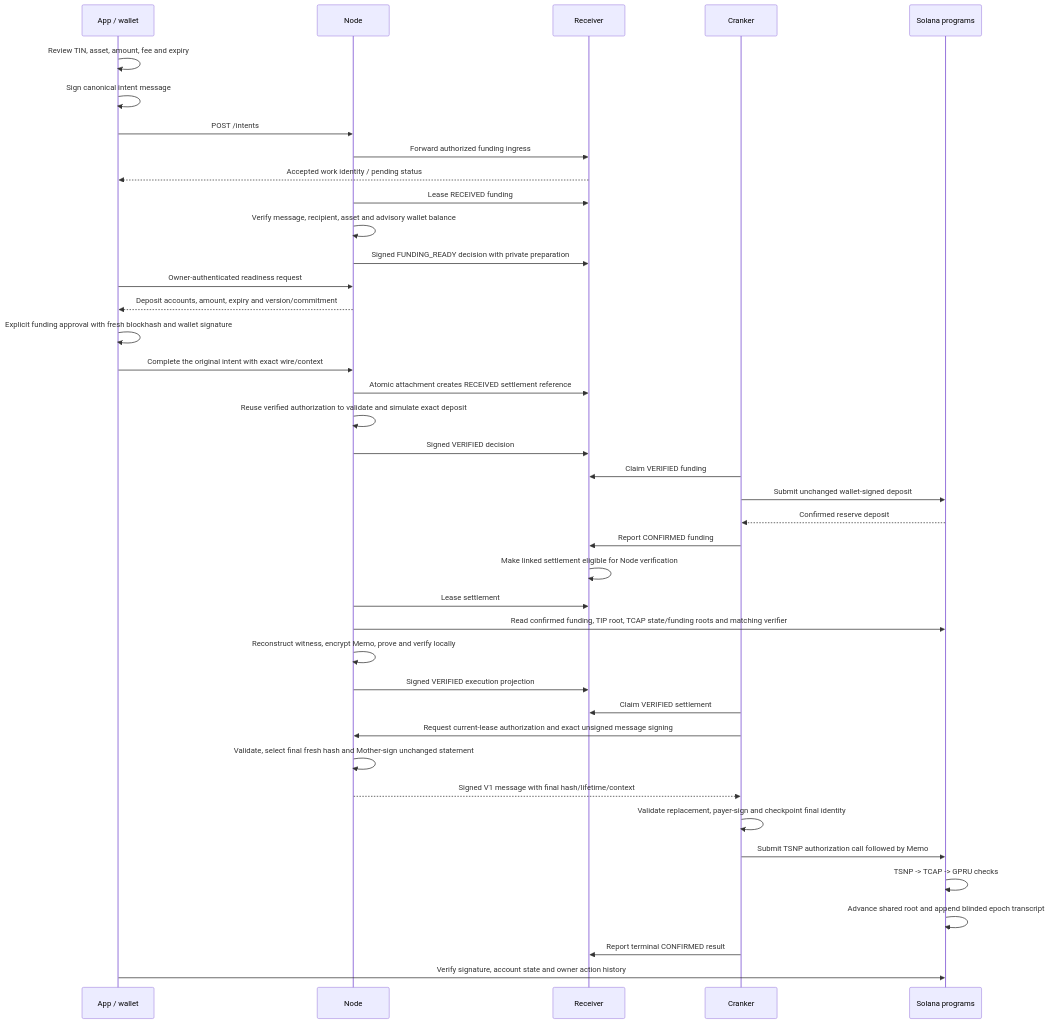
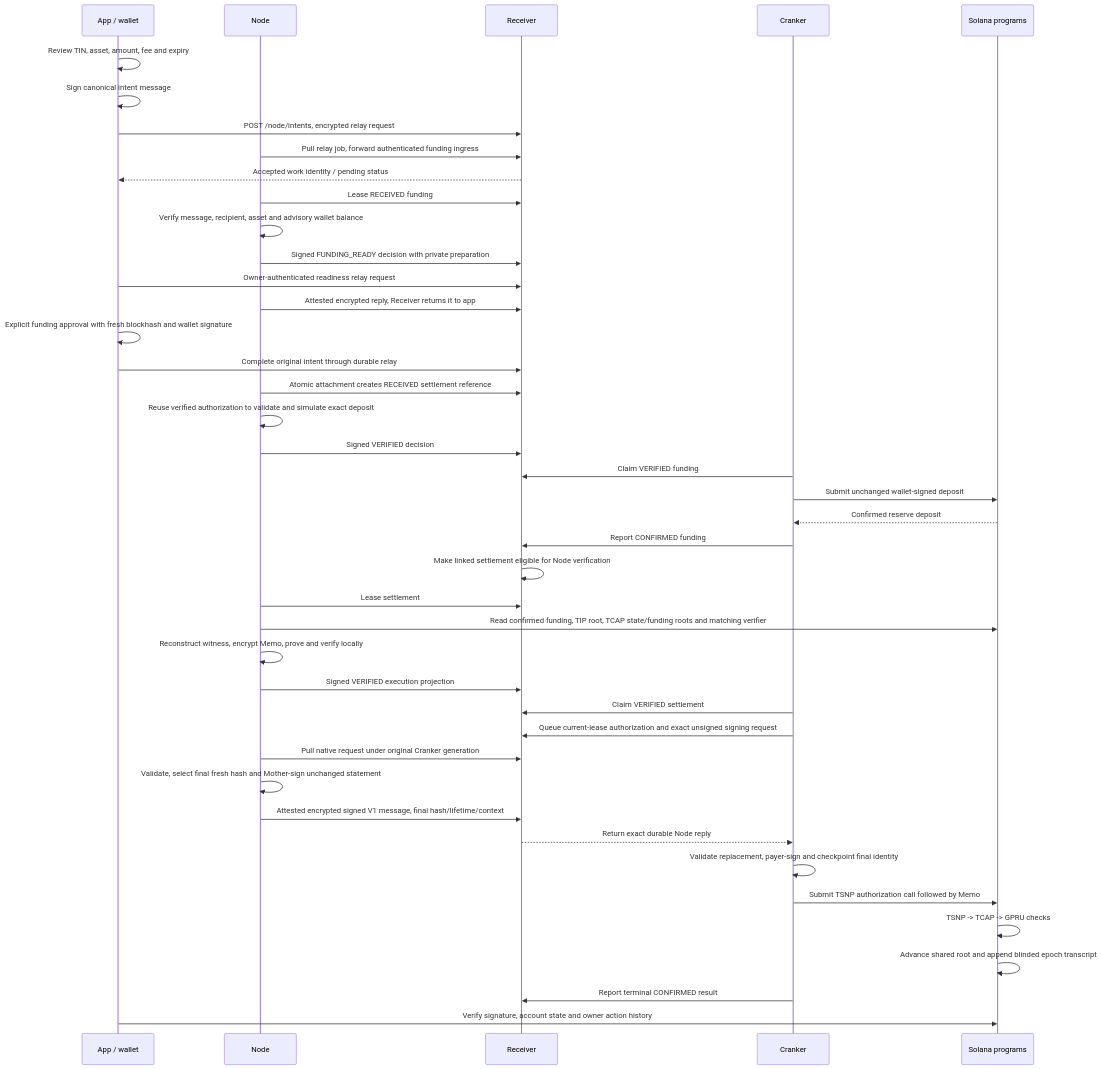
Before and after one commit to bigdreamsweb3/trustlink-pay: the second of 2 diagrams in docs/laboratory/architecture-map.md, drawn with Mermaid. The commit also changed other lines of this file and 363 other files, not shown here.

````diff
--- a/docs/laboratory/architecture-map.md
+++ b/docs/laboratory/architecture-map.md
@@ -41,42 +43,44 @@
 ```mermaid
 sequenceDiagram
   participant A as App / wallet
   participant N as Node
   participant R as Receiver
   participant C as Cranker
   participant P as Solana programs
   A->>A: Review TIN, asset, amount, fee and expiry
   A->>A: Sign canonical intent message
-  A->>N: POST /intents
-  N->>R: Forward authorized funding ingress
+  A->>R: POST /node/intents, encrypted relay request
+  N->>R: Pull relay job, forward authenticated funding ingress
   R-->>A: Accepted work identity / pending status
   N->>R: Lease RECEIVED funding
   N->>N: Verify message, recipient, asset and advisory wallet balance
   N->>R: Signed FUNDING_READY decision with private preparation
-  A->>N: Owner-authenticated readiness request
-  N-->>A: Deposit accounts, amount, expiry and version/commitment
+  A->>R: Owner-authenticated readiness relay request
+  N->>R: Attested encrypted reply, Receiver returns it to app
   A->>A: Explicit funding approval with fresh blockhash and wallet signature
-  A->>N: Complete the original intent with exact wire/context
+  A->>R: Complete original intent through durable relay
   N->>R: Atomic attachment creates RECEIVED settlement reference
   N->>N: Reuse verified authorization to validate and simulate exact deposit
   N->>R: Signed VERIFIED decision
   C->>R: Claim VERIFIED funding
   C->>P: Submit unchanged wallet-signed deposit
   P-->>C: Confirmed reserve deposit
   C->>R: Report CONFIRMED funding
   R->>R: Make linked settlement eligible for Node verification
   N->>R: Lease settlement
   N->>P: Read confirmed funding, TIP root, TCAP state/funding roots and matching verifier
   N->>N: Reconstruct witness, encrypt Memo, prove and verify locally
   N->>R: Signed VERIFIED execution projection
   C->>R: Claim VERIFIED settlement
-  C->>N: Request current-lease authorization and exact unsigned message signing
+  C->>R: Queue current-lease authorization and exact unsigned signing request
+  N->>R: Pull native request under original Cranker generation
   N->>N: Validate, select final fresh hash and Mother-sign unchanged statement
-  N-->>C: Signed V1 message with final hash/lifetime/context
+  N->>R: Attested encrypted signed V1 message, final hash/lifetime/context
+  R-->>C: Return exact durable Node reply
   C->>C: Validate replacement, payer-sign and checkpoint final identity
   C->>P: Submit TSNP authorization call followed by Memo
   P->>P: TSNP -> TCAP -> GPRU checks
   P->>P: Advance shared root and append blinded epoch transcript
   C->>R: Report terminal CONFIRMED result
   A->>P: Verify signature, account state and owner action history
 ```
````
